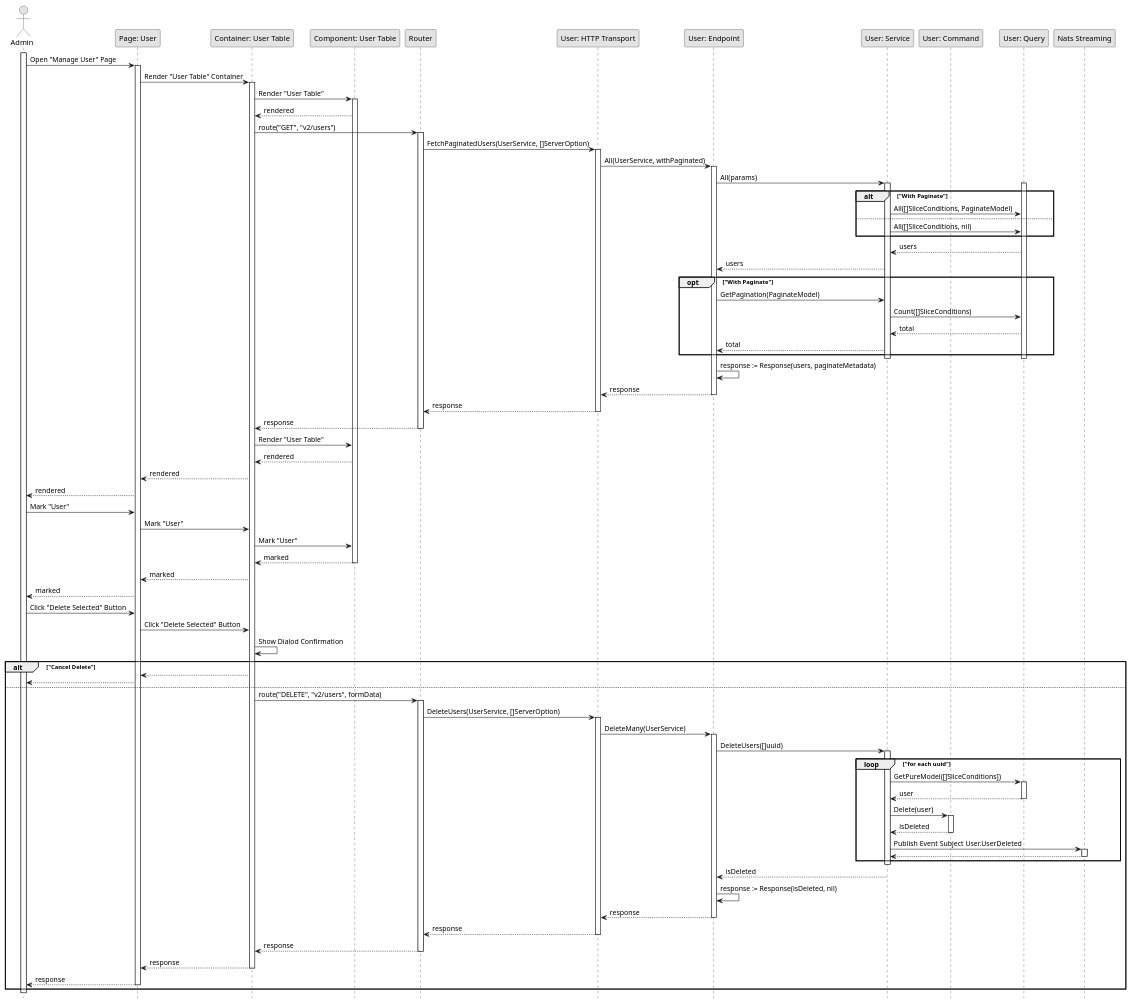
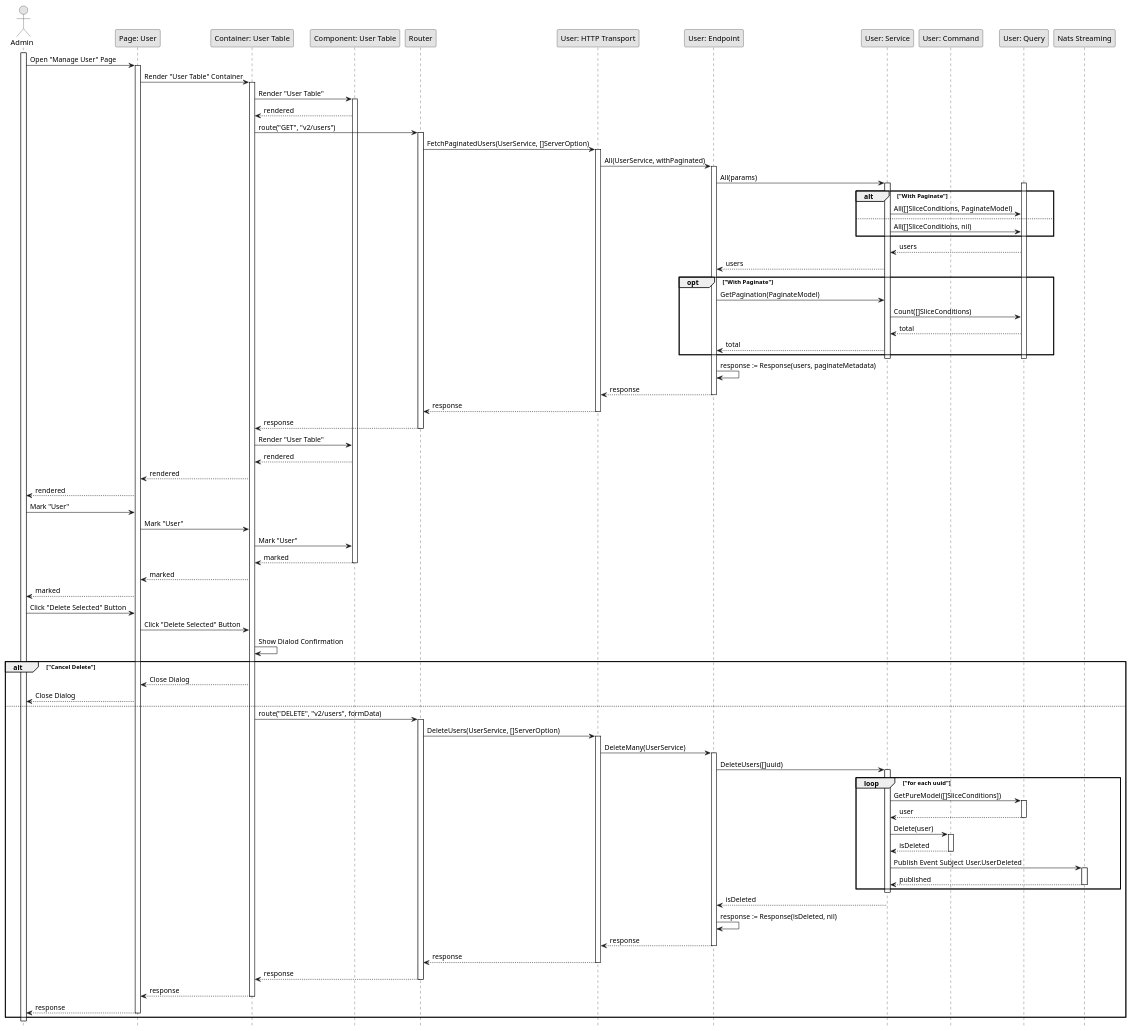
Before and after one commit to fwidjaya20/fazzlearning-uml: the diagram in Sequence/Release02/DeleteUser.wsd, drawn with PlantUML. The commit also changed 26 other files, not shown here.

Commit message:
fix(sequence): adding return wording

```diff
--- a/Sequence/Release02/DeleteUser.wsd
+++ b/Sequence/Release02/DeleteUser.wsd
@@ -1,125 +1,125 @@
 @startuml DeleteUser
 
 skinparam Monochrome true
 skinparam Shadowing false
 hide footbox
 
 actor Admin
 participant "Page: User" as UserPage
 participant "Container: User Table" as UserTableContainer
 participant "Component: User Table" as UserTable
 participant "Router" as Router
 participant "User: HTTP Transport" as UserHTTPTransport
 participant "User: Endpoint" as UserEndpoint
 participant "User: Service" as UserService
 participant "User: Command" as UserCommand
 participant "User: Query" as UserQuery
 participant "Nats Streaming" as NatsStreaming
 
 activate Admin
 
 Admin->UserPage: Open "Manage User" Page
 activate UserPage
 UserPage->UserTableContainer: Render "User Table" Container
 activate UserTableContainer
 UserTableContainer->UserTable: Render "User Table"
 activate UserTable
 UserTable-->UserTableContainer: rendered
 UserTableContainer->Router: route("GET", "v2/users")
 activate Router
 Router->UserHTTPTransport: FetchPaginatedUsers(UserService, []ServerOption)
 activate UserHTTPTransport
 UserHTTPTransport->UserEndpoint: All(UserService, withPaginated)
 activate UserEndpoint
 UserEndpoint->UserService: All(params)
 
 activate UserService
 activate UserQuery
 alt "With Paginate"
     UserService->UserQuery: All([]SliceConditions, PaginateModel)
 else
     UserService->UserQuery: All([]SliceConditions, nil)
 end
 UserQuery-->UserService: users
 UserService-->UserEndpoint: users
 
 opt "With Paginate"
     UserEndpoint->UserService: GetPagination(PaginateModel)
     UserService->UserQuery: Count([]SliceConditions)
     UserQuery-->UserService: total
     UserService-->UserEndpoint: total
 end
 deactivate UserQuery
 deactivate UserService
 
 UserEndpoint->UserEndpoint: response := Response(users, paginateMetadata)
 UserEndpoint-->UserHTTPTransport: response
 deactivate UserEndpoint
 UserHTTPTransport-->Router: response
 deactivate UserHTTPTransport
 Router-->UserTableContainer: response
 deactivate Router
 UserTableContainer->UserTable: Render "User Table"
 UserTable-->UserTableContainer: rendered
 UserTableContainer-->UserPage: rendered
 UserPage-->Admin: rendered
 
 Admin->UserPage: Mark "User"
 UserPage->UserTableContainer: Mark "User"
 UserTableContainer->UserTable: Mark "User"
 UserTable-->UserTableContainer: marked
 deactivate UserTable
 UserTableContainer-->UserPage: marked
 UserPage-->Admin: marked
 
 Admin->UserPage: Click "Delete Selected" Button
 UserPage->UserTableContainer: Click "Delete Selected" Button
 UserTableContainer->UserTableContainer: Show Dialod Confirmation
 
 alt "Cancel Delete"
-    UserTableContainer-->UserPage
-    UserPage-->Admin
+    UserTableContainer-->UserPage: Close Dialog
+    UserPage-->Admin: Close Dialog
 else
     UserTableContainer->Router: route("DELETE", "v2/users", formData)
     activate Router
     Router->UserHTTPTransport: DeleteUsers(UserService, []ServerOption)
     activate UserHTTPTransport
     UserHTTPTransport->UserEndpoint: DeleteMany(UserService)
     activate UserEndpoint
     UserEndpoint->UserService: DeleteUsers([]uuid)
 
     activate UserService
     loop "for each uuid"
         UserService->UserQuery: GetPureModel([]SliceConditions])
         activate UserQuery
         UserQuery-->UserService: user
         deactivate UserQuery
 
         UserService->UserCommand: Delete(user)
         activate UserCommand
         UserCommand-->UserService: isDeleted
         deactivate UserCommand
         
         UserService->NatsStreaming: Publish Event Subject User.UserDeleted
         activate NatsStreaming
-        NatsStreaming-->UserService
+        NatsStreaming-->UserService: published
         deactivate NatsStreaming
     end
     deactivate UserService
     UserService-->UserEndpoint: isDeleted
     UserEndpoint->UserEndpoint: response := Response(isDeleted, nil)
     UserEndpoint-->UserHTTPTransport: response
     deactivate UserEndpoint
     UserHTTPTransport-->Router: response
     deactivate UserHTTPTransport
     Router-->UserTableContainer: response
     deactivate Router
     UserTableContainer-->UserPage: response
     deactivate UserTableContainer
     UserPage-->Admin: response
     deactivate UserPage
 end
 
 deactivate Admin
 
 @enduml
```
